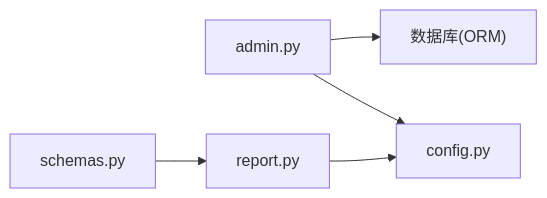
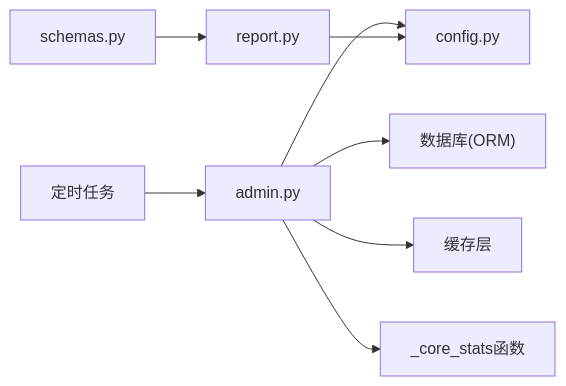
The third of 3 diagrams in .qoder/repowiki/zh/content/API接口文档/管理后台接口/数据统计接口.md (onebody/homework), drawn with Mermaid before and after one commit. The commit also changed other lines of this file and 15 other files, not shown here.

````diff
--- a/.qoder/repowiki/zh/content/API接口文档/管理后台接口/数据统计接口.md
+++ b/.qoder/repowiki/zh/content/API接口文档/管理后台接口/数据统计接口.md
@@ -172,7 +241,10 @@
 ```mermaid
 graph LR
 Admin["admin.py"] --> DB["数据库(ORM)"]
 Admin --> Conf["config.py"]
+Admin --> Cache["缓存层"]
+Admin --> CoreStats["_core_stats函数"]
 Report["report.py"] --> Conf
 Schemas["schemas.py"] --> Report
+Timer["定时任务"] --> Admin
 ```
````
